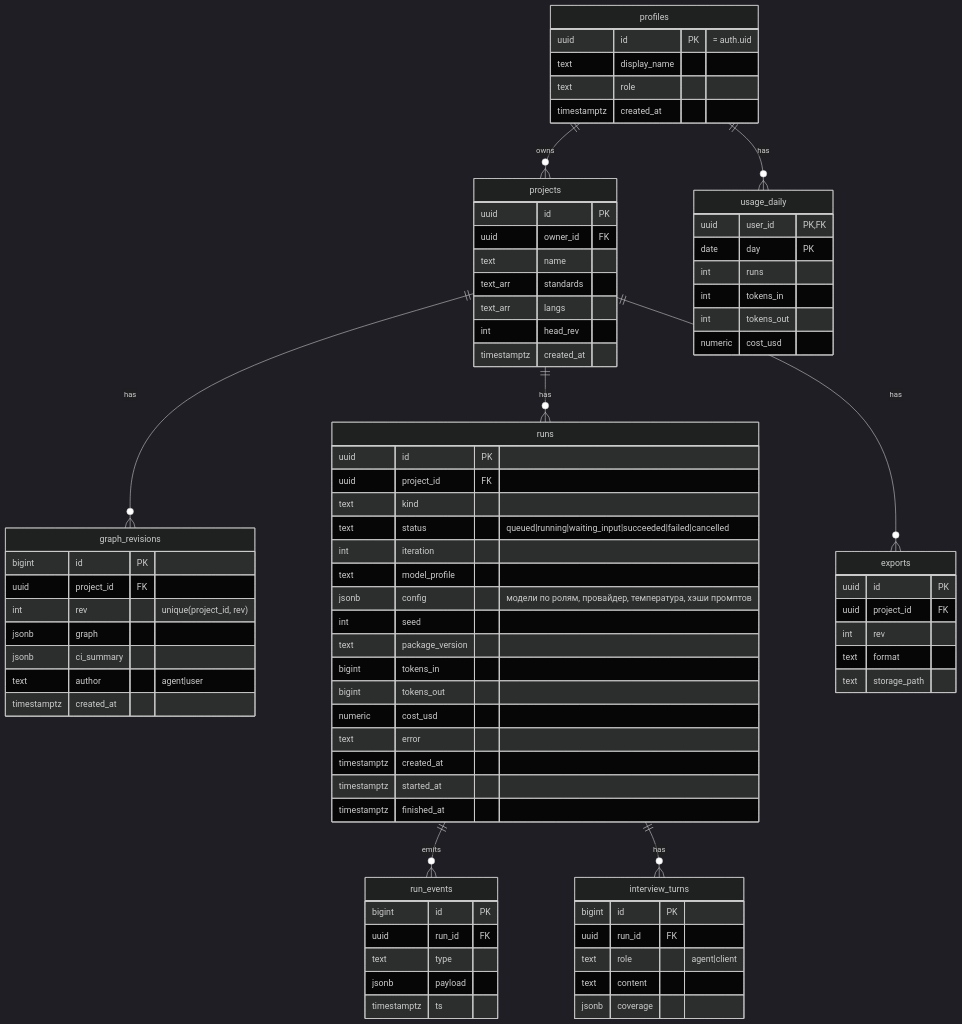
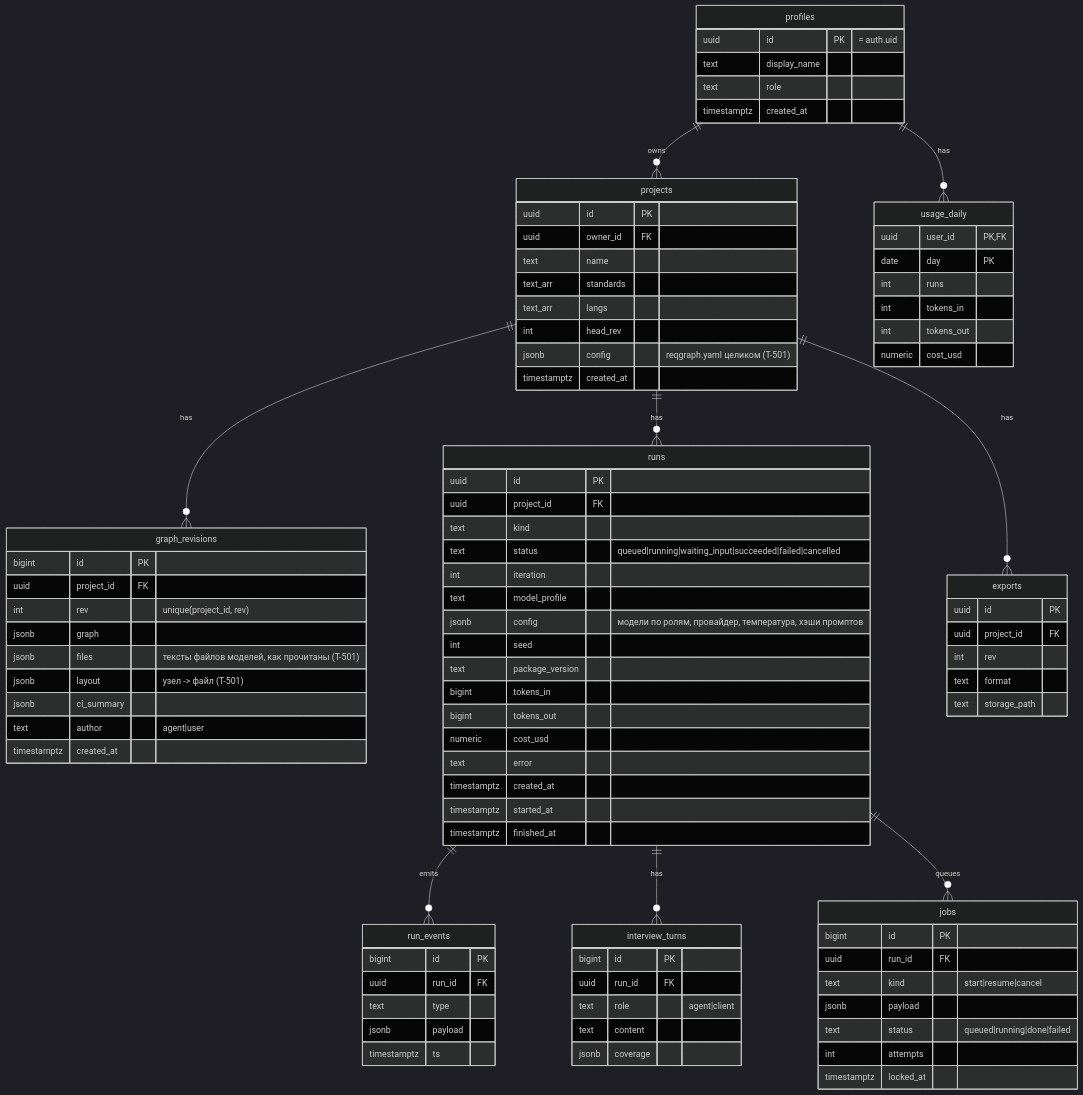
One commit to Axx-Axvd/reqgraph changed the second of 2 diagrams in docs/tech-design/04_data.md. Above: the diagram before and after it, drawn with Mermaid (dark theme). The commit also changed other lines of this file and 5 other files, not shown here.

```diff
--- a/docs/tech-design/04_data.md
+++ b/docs/tech-design/04_data.md
@@ -170,6 +170,7 @@
   projects ||--o{ exports : has
   runs ||--o{ run_events : emits
   runs ||--o{ interview_turns : has
+  runs ||--o{ jobs : queues
   profiles {
     uuid id PK "= auth.uid"
     text display_name
@@ -191,6 +192,7 @@
     text_arr standards
     text_arr langs
     int head_rev
+    jsonb config "reqgraph.yaml целиком (T-501)"
     timestamptz created_at
   }
   graph_revisions {
@@ -198,6 +200,8 @@
     uuid project_id FK
     int rev "unique(project_id, rev)"
     jsonb graph
+    jsonb files "тексты файлов моделей, как прочитаны (T-501)"
+    jsonb layout "узел -> файл (T-501)"
     jsonb ci_summary
     text author "agent|user"
     timestamptz created_at
@@ -234,6 +238,15 @@
     jsonb payload
     timestamptz ts
   }
+  jobs {
+    bigint id PK
+    uuid run_id FK
+    text kind "start|resume|cancel"
+    jsonb payload
+    text status "queued|running|done|failed"
+    int attempts
+    timestamptz locked_at
+  }
   interview_turns {
     bigint id PK
     uuid run_id FK
```
